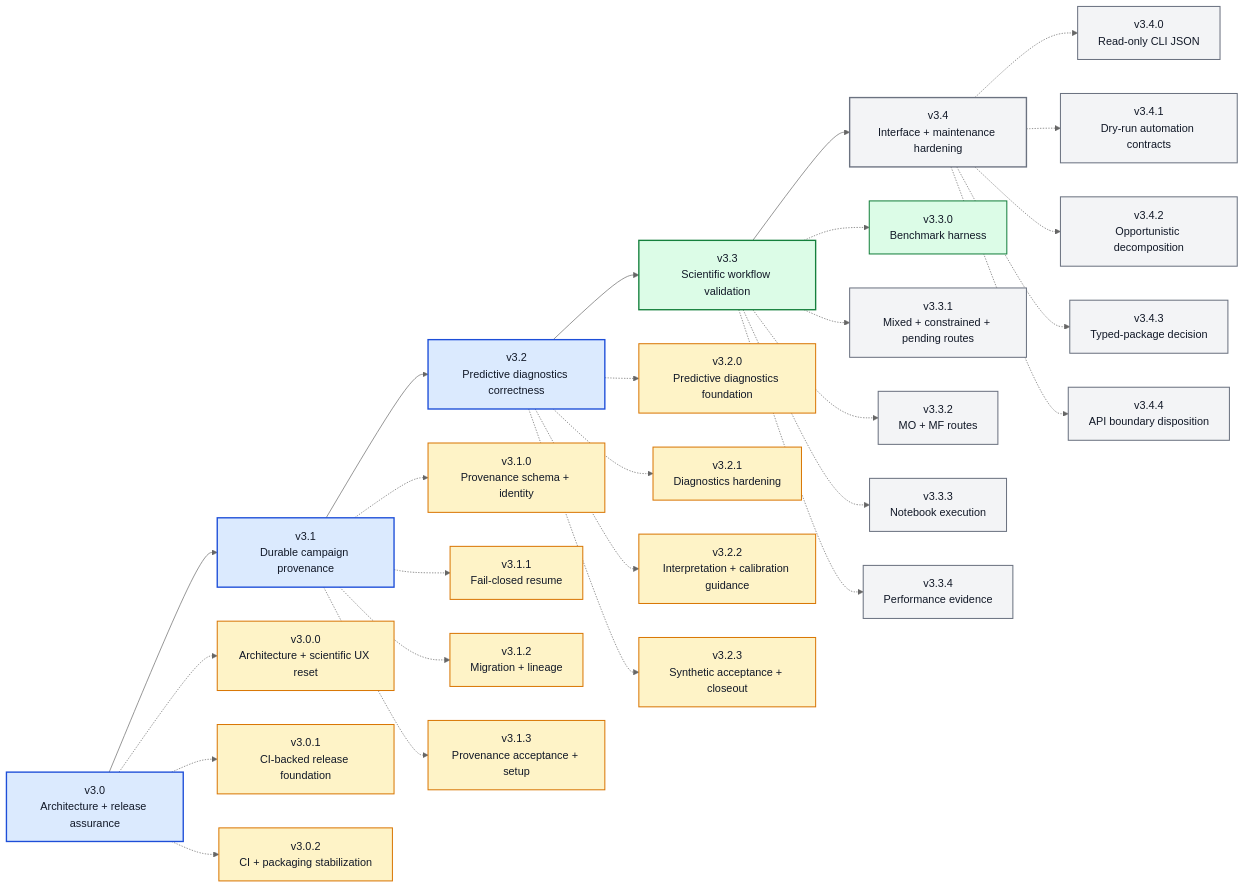
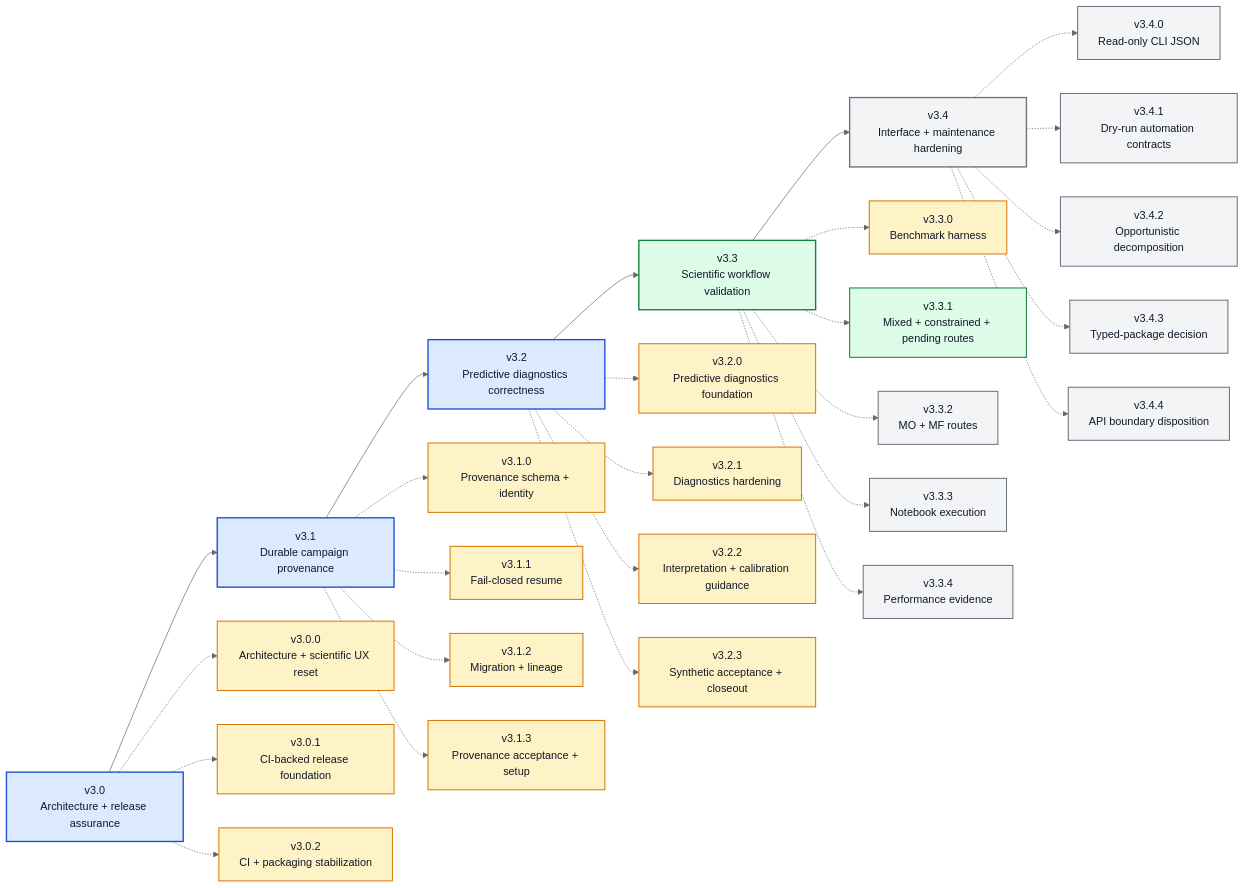
The diagram in ROADMAP_V3_X.md (angzeli/bo-forge), drawn with Mermaid (neutral theme) before and after one commit. The commit also changed other lines of this file and 42 other files, not shown here.

````diff
--- a/ROADMAP_V3_X.md
+++ b/ROADMAP_V3_X.md
@@ -17,64 +18,65 @@
 ```mermaid
 flowchart LR
     v30["v3.0<br/>Architecture + release assurance"] --> v31["v3.1<br/>Durable campaign provenance"] --> v32["v3.2<br/>Predictive diagnostics correctness"] --> v33["v3.3<br/>Scientific workflow validation"] --> v34["v3.4<br/>Interface + maintenance hardening"]
 
     v300["v3.0.0<br/>Architecture + scientific UX reset"]
     v301["v3.0.1<br/>CI-backed release foundation"]
     v302["v3.0.2<br/>CI + packaging stabilization"]
     v310["v3.1.0<br/>Provenance schema + identity"]
     v311["v3.1.1<br/>Fail-closed resume"]
     v312["v3.1.2<br/>Migration + lineage"]
     v313["v3.1.3<br/>Provenance acceptance + setup"]
     v320["v3.2.0<br/>Predictive diagnostics foundation"]
     v321["v3.2.1<br/>Diagnostics hardening"]
     v322["v3.2.2<br/>Interpretation + calibration guidance"]
     v323["v3.2.3<br/>Synthetic acceptance + closeout"]
     v330["v3.3.0<br/>Benchmark harness"]
     v331["v3.3.1<br/>Mixed + constrained + pending routes"]
     v332["v3.3.2<br/>MO + MF routes"]
     v333["v3.3.3<br/>Notebook execution"]
     v334["v3.3.4<br/>Performance evidence"]
     v340["v3.4.0<br/>Read-only CLI JSON"]
     v341["v3.4.1<br/>Dry-run automation contracts"]
     v342["v3.4.2<br/>Opportunistic decomposition"]
     v343["v3.4.3<br/>Typed-package decision"]
     v344["v3.4.4<br/>API boundary disposition"]
 
     v30 -.-> v300
     v30 -.-> v301
     v30 -.-> v302
     v31 -.-> v310
     v31 -.-> v311
     v31 -.-> v312
     v31 -.-> v313
     v32 -.-> v320
     v32 -.-> v321
     v32 -.-> v322
     v32 -.-> v323
     v33 -.-> v330
     v33 -.-> v331
     v33 -.-> v332
     v33 -.-> v333
     v33 -.-> v334
     v34 -.-> v340
     v34 -.-> v341
     v34 -.-> v342
     v34 -.-> v343
     v34 -.-> v344
 
     class v30,v31,v32 majorDone
     class v33 majorActive
     class v34 majorFuture
     class v300,v301,v302 patchDone
     class v310,v311,v312,v313 patchDone
     class v320,v321,v322,v323 patchDone
-    class v330 patchActive
-    class v331,v332,v333,v334,v340,v341,v342,v343,v344 patchFuture
+    class v330 patchDone
+    class v331 patchActive
+    class v332,v333,v334,v340,v341,v342,v343,v344 patchFuture
 
     classDef majorDone fill:#dbeafe,stroke:#1d4ed8,stroke-width:2px,color:#111827;
     classDef majorActive fill:#dcfce7,stroke:#15803d,stroke-width:2px,color:#111827;
     classDef majorFuture fill:#f3f4f6,stroke:#6b7280,stroke-width:2px,color:#111827;
     classDef patchDone fill:#fef3c7,stroke:#d97706,stroke-width:1.5px,color:#111827;
     classDef patchActive fill:#dcfce7,stroke:#15803d,stroke-width:1.5px,color:#111827;
     classDef patchFuture fill:#f3f4f6,stroke:#6b7280,stroke-width:1.5px,color:#111827;
 ```
````
